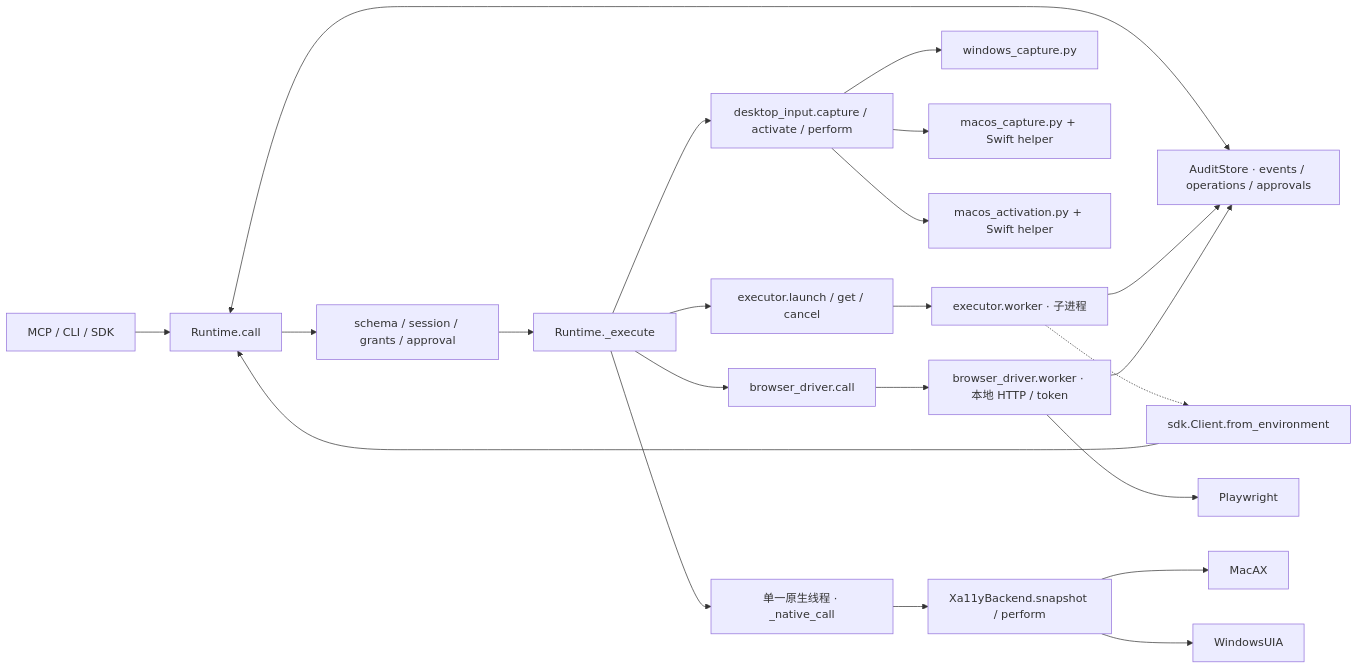
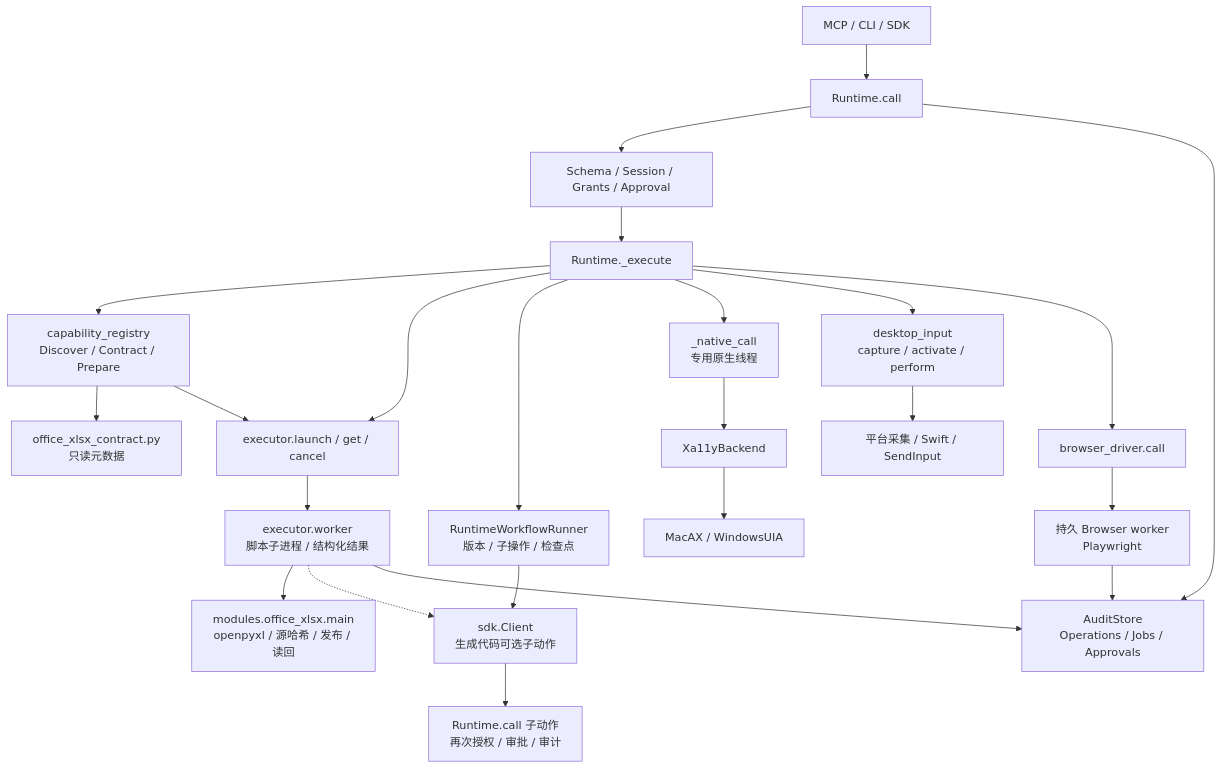
Before and after one commit to YeohsCode/Bokkio: the diagram in wiki/summaries/module-call-map.md, drawn with Mermaid. The commit also changed other lines of this file and 84 other files, not shown here.

````diff
--- a/wiki/summaries/module-call-map.md
+++ b/wiki/summaries/module-call-map.md
@@ -17,24 +17,26 @@
 ```mermaid
-flowchart LR
+flowchart TB
     Entry["MCP / CLI / SDK"] --> Call["Runtime.call"]
-    Call --> Check["schema / session / grants / approval"]
+    Call --> Check["Schema / Session / Grants / Approval"]
     Check --> Dispatch["Runtime._execute"]
-    Dispatch --> NT["单一原生线程 · _native_call"]
-    NT --> XA["Xa11yBackend.snapshot / perform"]
-    XA --> Win["WindowsUIA"]
-    XA --> Mac["MacAX"]
-    Dispatch --> Input["desktop_input.capture / activate / perform"]
-    Input --> WC["windows_capture.py"]
-    Input --> MC["macos_capture.py + Swift helper"]
-    Input --> MA["macos_activation.py + Swift helper"]
-    Dispatch --> EX["executor.launch / get / cancel"]
-    EX --> EW["executor.worker · 子进程"]
-    EW -.-> Client["sdk.Client.from_environment"]
-    Client --> Call
+    Call --> Audit["AuditStore<br/>Operations / Jobs / Approvals"]
+    Dispatch --> Registry["capability_registry<br/>Discover / Contract / Prepare"]
+    Registry --> Manifest["office_xlsx_contract.py<br/>只读元数据"]
+    Registry --> EX["executor.launch / get / cancel"]
+    Dispatch --> EX
+    EX --> EW["executor.worker<br/>脚本子进程 / 结构化结果"]
+    EW --> XLSX["modules.office_xlsx.main<br/>openpyxl / 源哈希 / 发布 / 读回"]
+    EW -.-> SDK["sdk.Client<br/>生成代码可选子动作"]
+    SDK --> Reentry["Runtime.call 子动作<br/>再次授权 / 审批 / 审计"]
+    Dispatch --> WF["RuntimeWorkflowRunner<br/>版本 / 子操作 / 检查点"]
+    WF --> SDK
+    Dispatch --> NT["_native_call<br/>专用原生线程"]
+    NT --> XA["Xa11yBackend"]
+    XA --> OS["MacAX / WindowsUIA"]
+    Dispatch --> Input["desktop_input<br/>capture / activate / perform"]
+    Input --> Capture["平台采集 / Swift / SendInput"]
     Dispatch --> BC["browser_driver.call"]
-    BC --> BW["browser_driver.worker · 本地 HTTP / token"]
-    BW --> PW["Playwright"]
-    Call <--> Audit["AuditStore · events / operations / approvals"]
+    BC --> BW["持久 Browser worker<br/>Playwright"]
     EW --> Audit
     BW --> Audit
 ```
````
